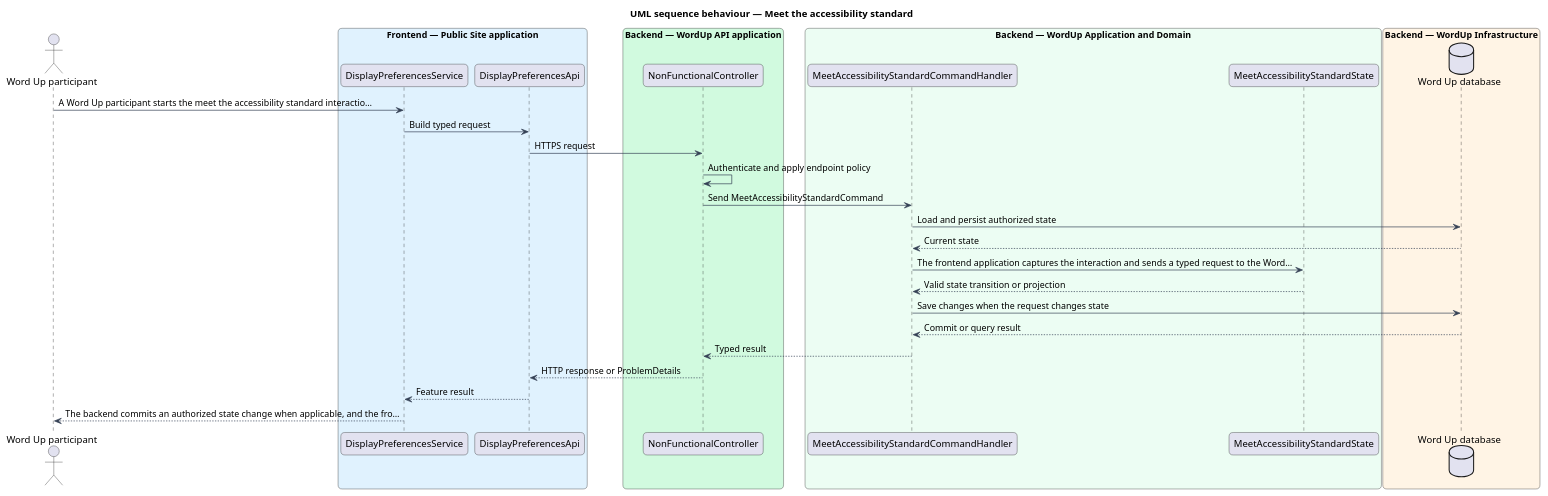
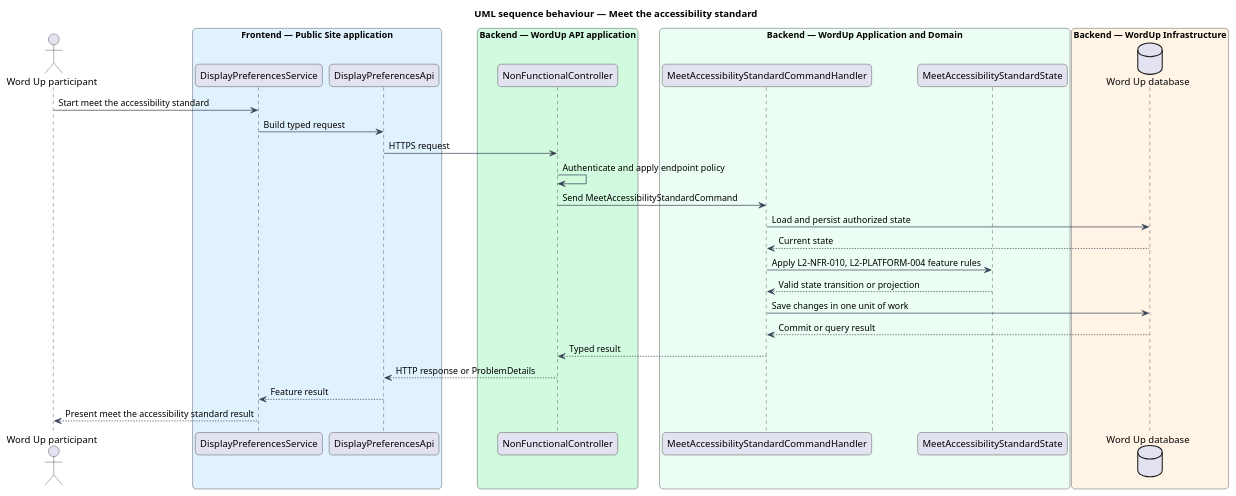
Before and after one commit to QuinntyneBrown/waypoint: the diagram in docs/detailed-designs/non-functional/meet-accessibility-standard/diagrams/sequence-behaviour.puml, drawn with PlantUML. The commit also changed 1112 other files, not shown here.

```diff
--- a/docs/detailed-designs/non-functional/meet-accessibility-standard/diagrams/sequence-behaviour.puml
+++ b/docs/detailed-designs/non-functional/meet-accessibility-standard/diagrams/sequence-behaviour.puml
@@ -1,48 +1,48 @@
 @startuml
 
 title UML sequence behaviour — Meet the accessibility standard
 skinparam backgroundColor #FFFFFF
 skinparam shadowing false
 skinparam roundcorner 12
 skinparam defaultFontName Arial
 skinparam ArrowColor #344054
 skinparam rectangle {
   BorderColor #344054
   FontColor #101828
 }
 skinparam package {
   BorderColor #667085
   FontColor #101828
   BackgroundColor #F9FAFB
 }
 actor "Word Up participant" as actor
 box "Frontend — Public Site application" #E0F2FE
   participant "DisplayPreferencesService" as page
   participant "DisplayPreferencesApi" as client
 end box
 box "Backend — WordUp API application" #D1FADF
   participant "NonFunctionalController" as controller
 end box
 box "Backend — WordUp Application and Domain" #ECFDF3
   participant "MeetAccessibilityStandardCommandHandler" as handler
   participant "MeetAccessibilityStandardState" as entity
 end box
 box "Backend — WordUp Infrastructure" #FFF4E5
   database "Word Up database" as db
 end box
-actor -> page : A Word Up participant starts the meet the accessibility standard interactio…
+actor -> page : Start meet the accessibility standard
 page -> client : Build typed request
 client -> controller : HTTPS request
 controller -> controller : Authenticate and apply endpoint policy
 controller -> handler : Send MeetAccessibilityStandardCommand
 handler -> db : Load and persist authorized state
 db --> handler : Current state
-handler -> entity : The frontend application captures the interaction and sends a typed request to the Word…
+handler -> entity : Apply L2-NFR-010, L2-PLATFORM-004 feature rules
 entity --> handler : Valid state transition or projection
-handler -> db : Save changes when the request changes state
+handler -> db : Save changes in one unit of work
 db --> handler : Commit or query result
 handler --> controller : Typed result
 controller --> client : HTTP response or ProblemDetails
 client --> page : Feature result
-page --> actor : The backend commits an authorized state change when applicable, and the fro…
+page --> actor : Present meet the accessibility standard result
 @enduml
```
